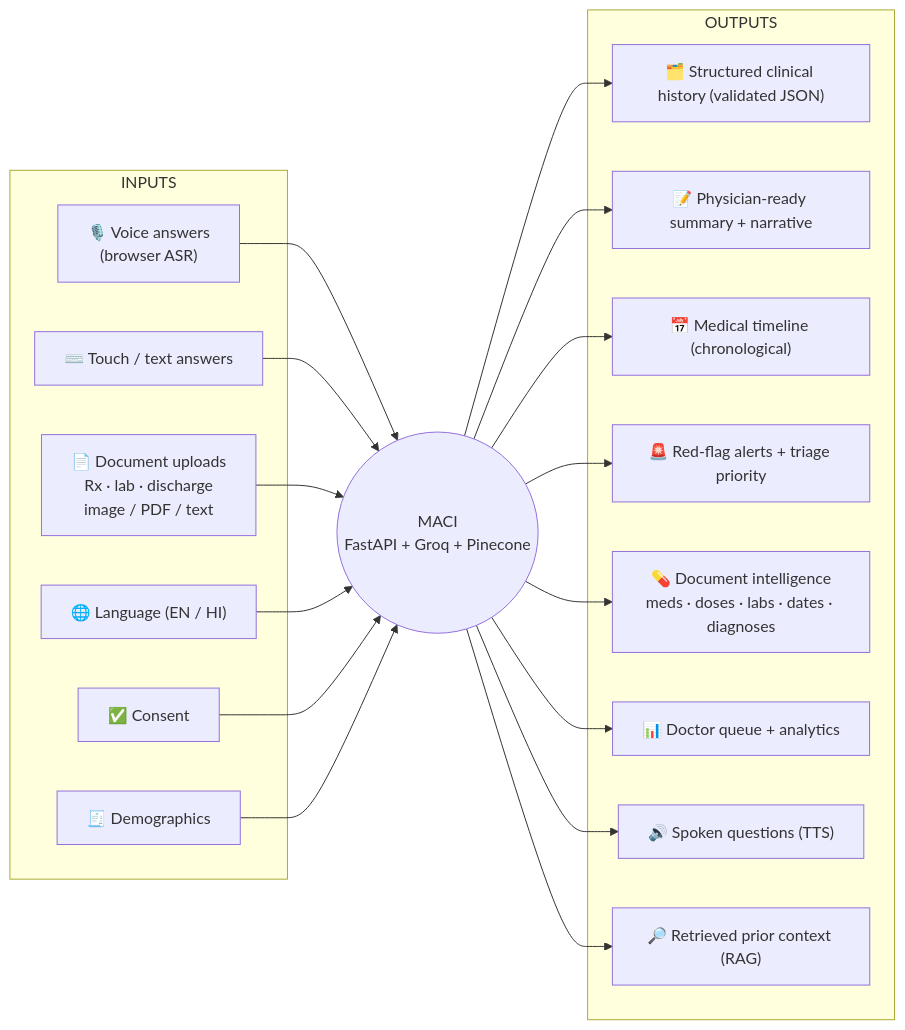
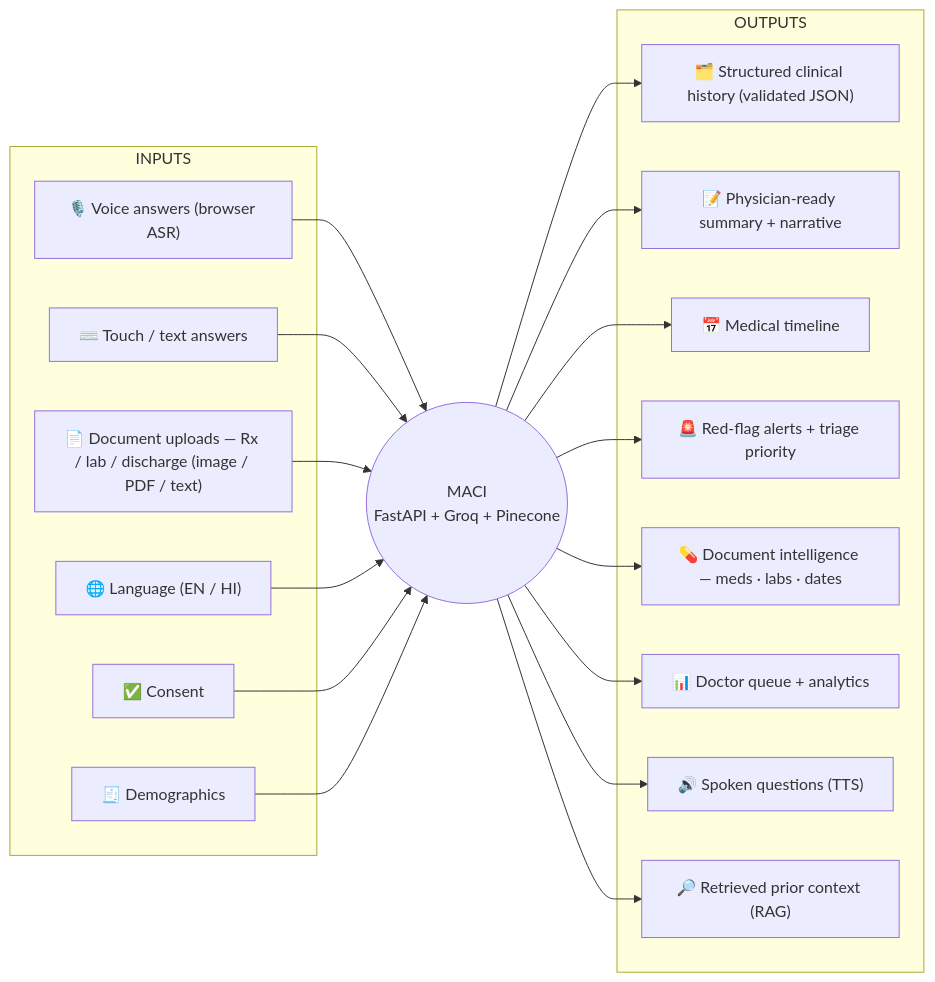
One commit to hsachan295-source/MACI-AI-Clinical-Intake changed the second of 2 diagrams in README.md. Above: the diagram before and after it, drawn with Mermaid. The commit also changed other lines of this file, not shown here.

````diff
--- a/README.md
+++ b/README.md
@@ -127,27 +160,27 @@
 ```mermaid
 flowchart LR
     subgraph INPUTS
-        I1["🎙️ Voice answers<br/>(browser ASR)"]
+        I1["🎙️ Voice answers (browser ASR)"]
         I2["⌨️ Touch / text answers"]
-        I3["📄 Document uploads<br/>Rx · lab · discharge<br/>image / PDF / text"]
+        I3["📄 Document uploads — Rx / lab / discharge (image / PDF / text)"]
         I4["🌐 Language (EN / HI)"]
         I5["✅ Consent"]
         I6["🧾 Demographics"]
     end
 
     CORE(("MACI<br/>FastAPI + Groq + Pinecone"))
 
     subgraph OUTPUTS
         O1["🗂️ Structured clinical history (validated JSON)"]
         O2["📝 Physician-ready summary + narrative"]
-        O3["📅 Medical timeline (chronological)"]
+        O3["📅 Medical timeline"]
         O4["🚨 Red-flag alerts + triage priority"]
-        O5["💊 Document intelligence<br/>meds · doses · labs · dates · diagnoses"]
+        O5["💊 Document intelligence — meds · labs · dates"]
         O6["📊 Doctor queue + analytics"]
         O7["🔊 Spoken questions (TTS)"]
         O8["🔎 Retrieved prior context (RAG)"]
     end
 
     I1 & I2 & I3 & I4 & I5 & I6 --> CORE
     CORE --> O1 & O2 & O3 & O4 & O5 & O6 & O7 & O8
 ```
````
